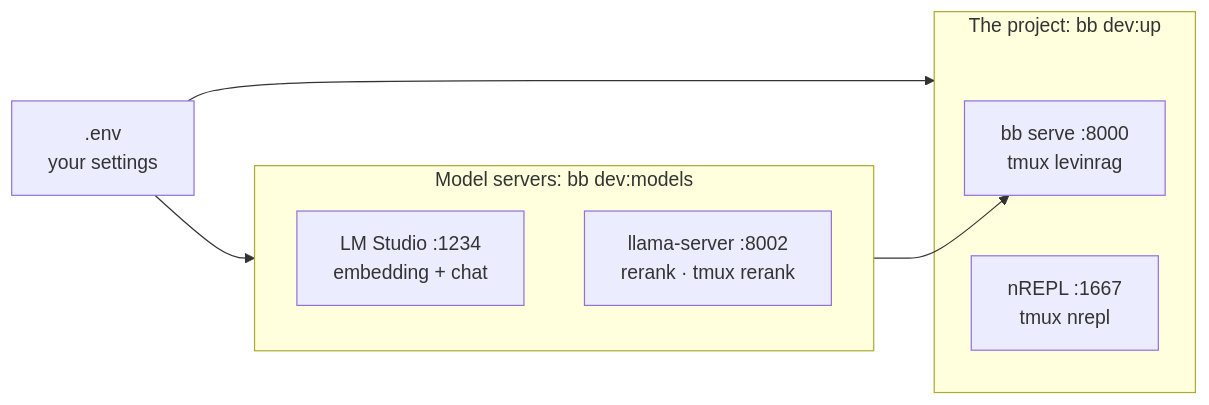
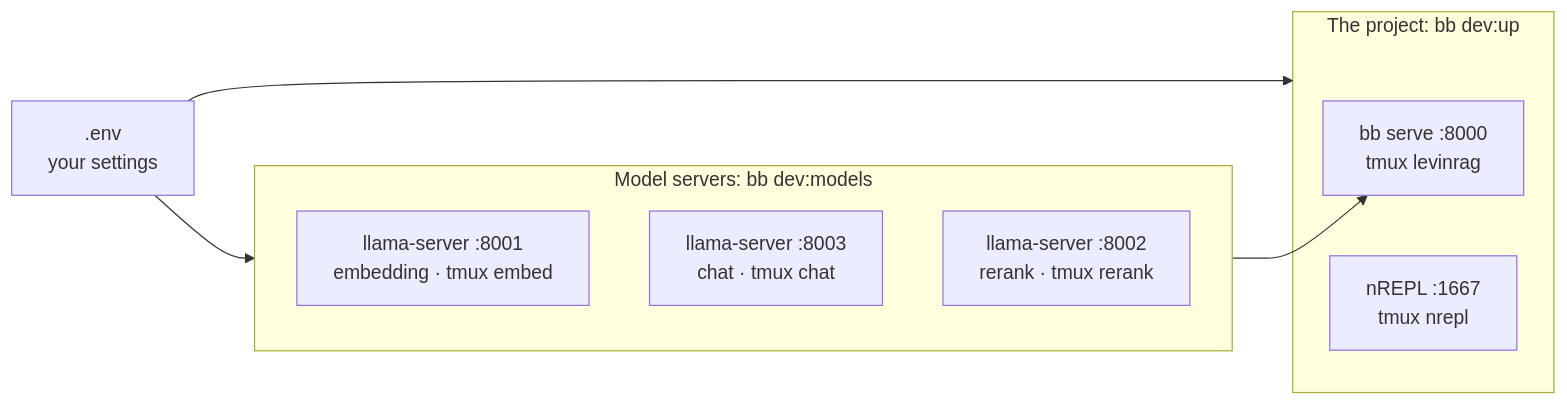
One commit to humorless/levinrag changed the diagram in docs/howto/dev.md. Above: the diagram before and after it, drawn with Mermaid. The commit also changed other lines of this file and 14 other files, not shown here.

````diff
--- a/docs/howto/dev.md
+++ b/docs/howto/dev.md
@@ -9,14 +9,15 @@
 ```mermaid
 flowchart LR
   subgraph M[Model servers: bb dev:models]
-    L[LM Studio :1234<br/>embedding + chat]
-    R[llama-server :8002<br/>rerank · tmux rerank]
+    E1[llama-server :8001<br/>embedding · tmux embed]
+    C1[llama-server :8003<br/>chat · tmux chat]
+    R1[llama-server :8002<br/>rerank · tmux rerank]
   end
   subgraph A[The project: bb dev:up]
     S[bb serve :8000<br/>tmux levinrag]
     N[nREPL :1667<br/>tmux nrepl]
   end
   E[.env<br/>your settings] --> M
   E --> A
   M --> S
 ```
````
